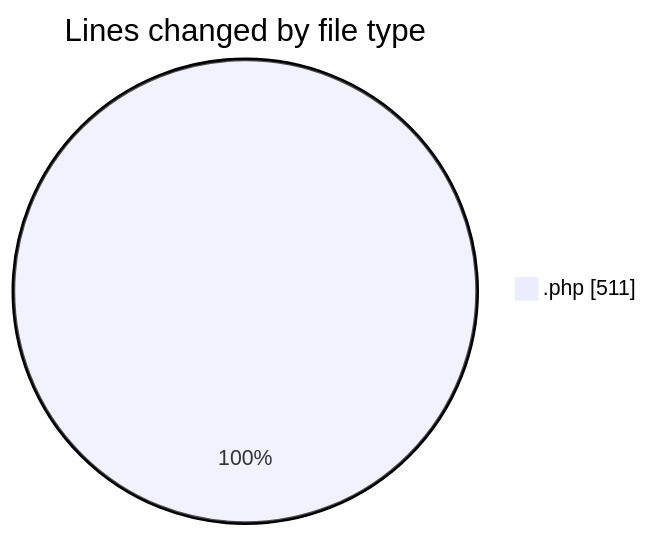
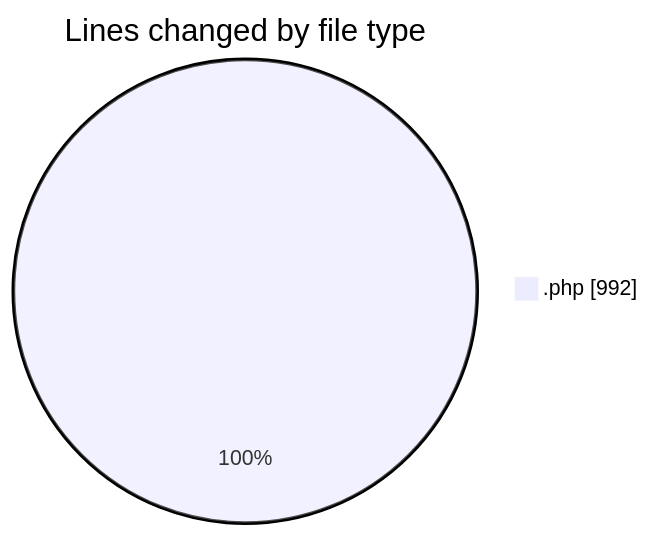
Before and after one commit to vahidmafi/code-tracking: the first of 2 diagrams in 2025-04-17/zeytoon/README.md, drawn with Mermaid. The commit also changed other lines of this file and 1 other file, not shown here.

````diff
--- a/2025-04-17/zeytoon/README.md
+++ b/2025-04-17/zeytoon/README.md
@@ -20,5 +21,5 @@
 ```mermaid
 pie showData
 title Lines changed by file type
-".php" : 511
+".php" : 992
 ```
````
